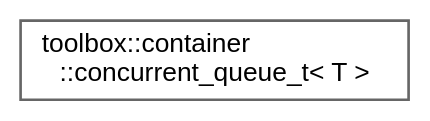
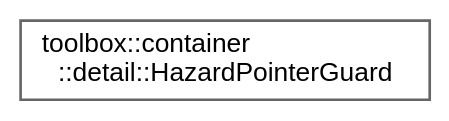
Before and after one commit to nerdneilsfield/cpp-toolbox: the diagram in inherit_graph_17.dot, drawn with Graphviz. The commit also changed 261 other files, not shown here.

```diff
--- a/inherit_graph_17.dot
+++ b/inherit_graph_17.dot
@@ -1,9 +1,9 @@
 digraph "Graphical Class Hierarchy"
 {
  // LATEX_PDF_SIZE
   bgcolor="transparent";
   edge [fontname=Helvetica,fontsize=10,labelfontname=Helvetica,labelfontsize=10];
   node [fontname=Helvetica,fontsize=10,shape=box,height=0.2,width=0.4];
   rankdir="LR";
-  Node0 [id="Node000000",label="toolbox::container\l::concurrent_queue_t\< T \>",height=0.2,width=0.4,color="grey40", fillcolor="white", style="filled",URL="$classtoolbox_1_1container_1_1concurrent__queue__t.html",tooltip="高性能MPMC并发队列的包装器/A wrapper around a high-performance MPMC concurrent queue"];
+  Node0 [id="Node000000",label="toolbox::container\l::detail::HazardPointerGuard",height=0.2,width=0.4,color="grey40", fillcolor="white", style="filled",URL="$classtoolbox_1_1container_1_1detail_1_1_hazard_pointer_guard.html",tooltip="危险指针设置/清除的RAII助手类 (RAII helper for setting/clearing hazard pointers)"];
 }
```
